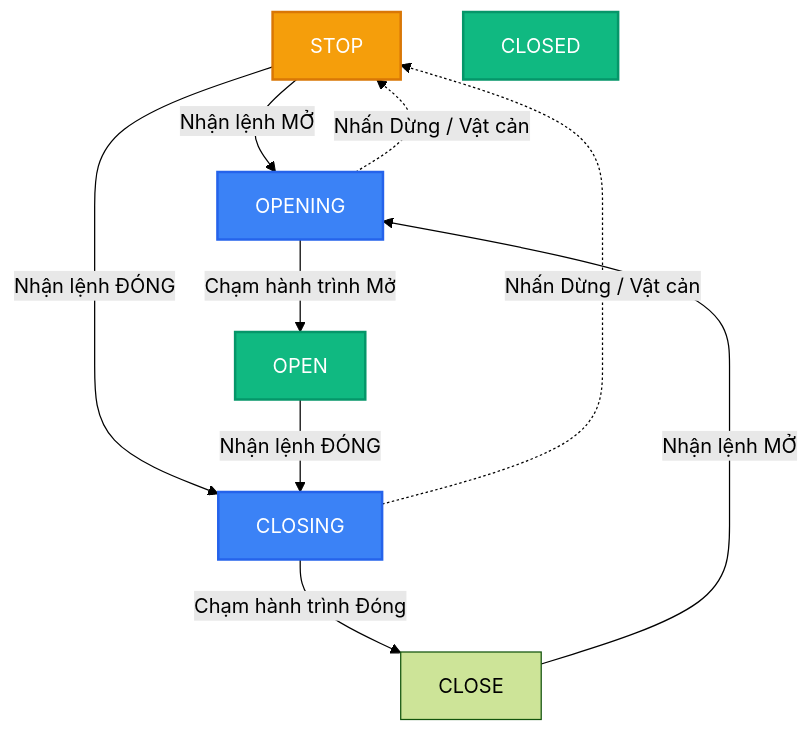
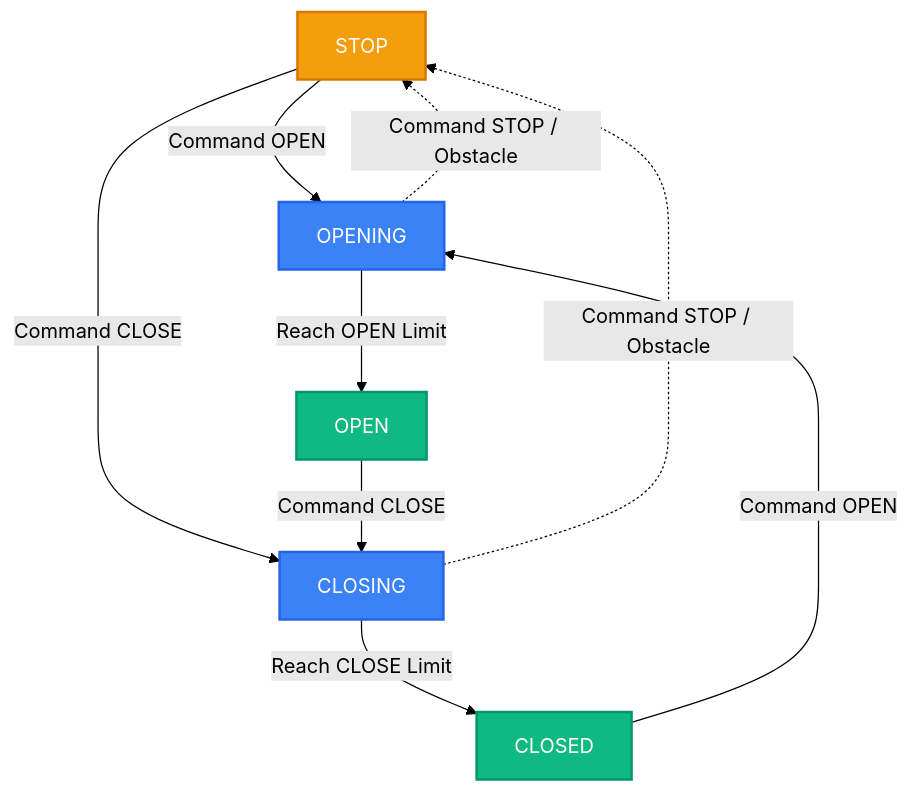
The diagram in docs/Bao_Cao_Tien_Do_Du_An.md (ninht365/ESP32-S3-BARRIER), drawn with Mermaid (forest theme) before and after one commit.

Commit message:
docs: fix mermaid syntax error and translate labels to english

````diff
--- a/docs/Bao_Cao_Tien_Do_Du_An.md
+++ b/docs/Bao_Cao_Tien_Do_Du_An.md
@@ -57,25 +57,25 @@
 ```mermaid
 graph TD
     classDef stable fill:#10b981,color:#fff,stroke:#059669,stroke-width:2px;
     classDef moving fill:#3b82f6,color:#fff,stroke:#2563eb,stroke-width:2px;
     classDef stopped fill:#f59e0b,color:#fff,stroke:#d97706,stroke-width:2px;
 
     STOP[STOP]:::stopped
     OPEN[OPEN]:::stable
     CLOSED[CLOSED]:::stable
     
     OPENING[OPENING]:::moving
     CLOSING[CLOSING]:::moving
 
-    STOP -->|Nhận lệnh MỞ| OPENING
-    STOP -->|Nhận lệnh ĐÓNG| CLOSING
+    STOP -->|Command OPEN| OPENING
+    STOP -->|Command CLOSE| CLOSING
     
-    OPENING -->|Chạm hành trình Mở| OPEN
-    CLOSING -->|Chạm hành trình Đóng| CLOSE
+    OPENING -->|Reach OPEN Limit| OPEN
+    CLOSING -->|Reach CLOSE Limit| CLOSED
     
-    OPEN -->|Nhận lệnh ĐÓNG| CLOSING
-    CLOSE -->|Nhận lệnh MỞ| OPENING
+    OPEN -->|Command CLOSE| CLOSING
+    CLOSED -->|Command OPEN| OPENING
     
-    OPENING -.->|Nhấn Dừng / Vật cản| STOP
-    CLOSING -.->|Nhấn Dừng / Vật cản| STOP
+    OPENING -.->|Command STOP / Obstacle| STOP
+    CLOSING -.->|Command STOP / Obstacle| STOP
 ```
````
